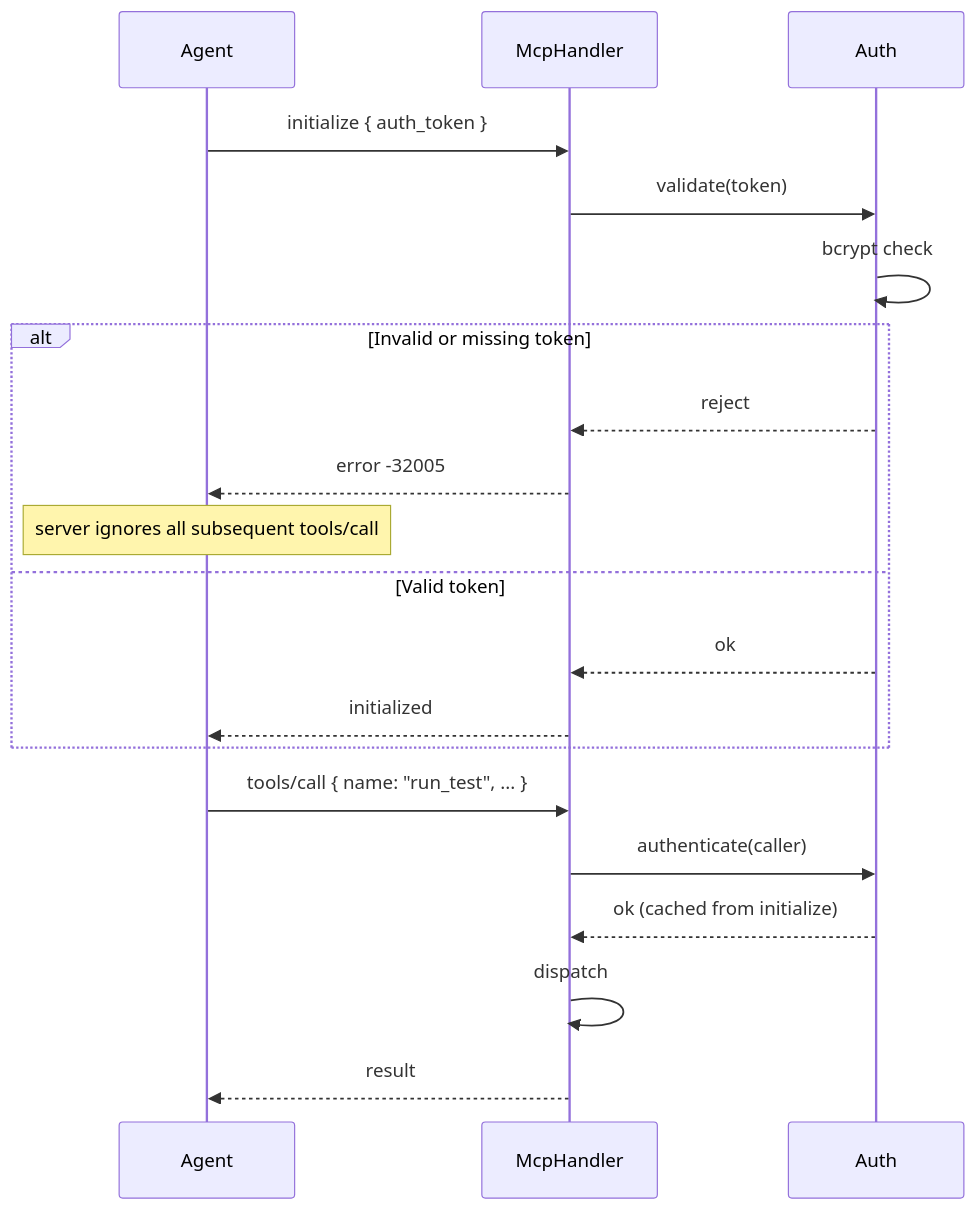
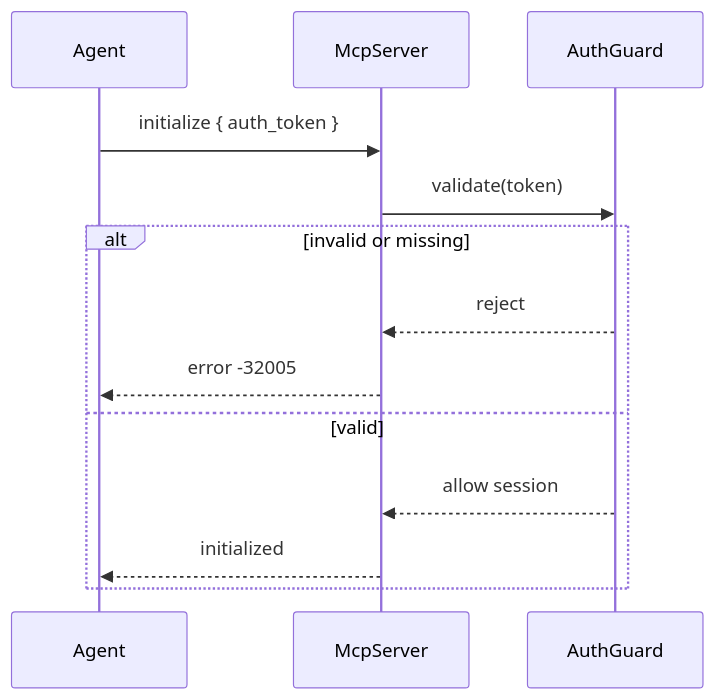
One commit to bmvanwyk/Boehm changed the third of 5 diagrams in docs/architecture.md. Above: the diagram before and after it, drawn with Mermaid. The commit also changed other lines of this file, not shown here.

Commit message:
Revise architecture.md to clarify Phase 1 design principles, emphasize simplicity, and outline key corrections for the MCP server implementation.

````diff
--- a/docs/architecture.md
+++ b/docs/architecture.md
@@ -127,24 +108,16 @@
 ```mermaid
 sequenceDiagram
     participant Agent
-    participant McpHandler
-    participant Auth
+    participant McpServer
+    participant AuthGuard
 
-    Agent->>McpHandler: initialize { auth_token }
-    McpHandler->>Auth: validate(token)
-    Auth->>Auth: bcrypt check
-    alt Invalid or missing token
-        Auth-->>McpHandler: reject
-        McpHandler-->>Agent: error -32005
-        Note over Agent: server ignores all subsequent tools/call
-    else Valid token
-        Auth-->>McpHandler: ok
-        McpHandler-->>Agent: initialized
+    Agent->>McpServer: initialize { auth_token }
+    McpServer->>AuthGuard: validate(token)
+    alt invalid or missing
+        AuthGuard-->>McpServer: reject
+        McpServer-->>Agent: error -32005
+    else valid
+        AuthGuard-->>McpServer: allow session
+        McpServer-->>Agent: initialized
     end
-
-    Agent->>McpHandler: tools/call { name: "run_test", ... }
-    McpHandler->>Auth: authenticate(caller)
-    Auth-->>McpHandler: ok (cached from initialize)
-    McpHandler->>McpHandler: dispatch
-    McpHandler-->>Agent: result
 ```
````
